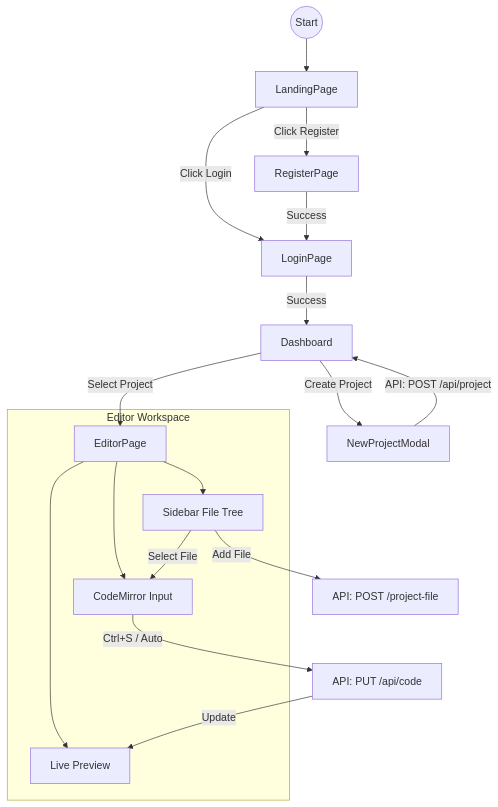
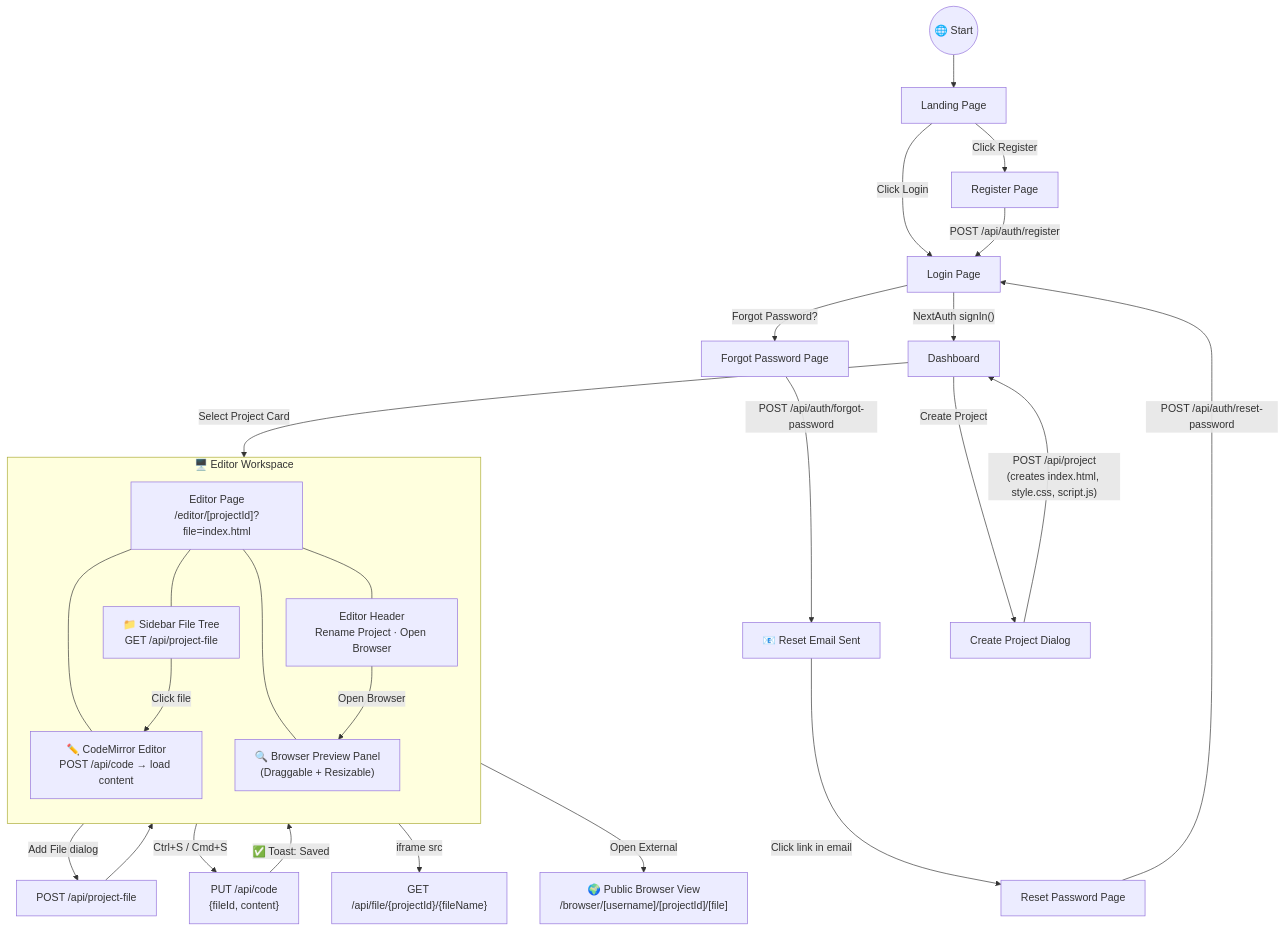
Before and after one commit to Ujjwalprajapati16/PixelIDE: the fourth of 4 diagrams in README.md, drawn with Mermaid. The commit also changed other lines of this file and 1 other file, not shown here.

Commit message:
docs: replace ASCII architecture diagrams with Mermaid charts and update feature descriptions in README

````diff
--- a/README.md
+++ b/README.md
@@ -148,26 +190,37 @@
 ```mermaid
 flowchart TD
-    Start((Start)) --> LandingPage
-    LandingPage -->|Click Login| LoginPage
-    LandingPage -->|Click Register| RegisterPage
-    
-    RegisterPage -->|Success| LoginPage
-    LoginPage -->|Success| Dashboard
-    
-    Dashboard -->|Create Project| NewProjectModal
-    Dashboard -->|Select Project| EditorPage
-    
-    NewProjectModal -->|API: POST /api/project| Dashboard
-    
-    subgraph IDE ["Editor Workspace"]
-        EditorPage --> FileTree[Sidebar File Tree]
-        EditorPage --> CodeArea[CodeMirror Input]
-        EditorPage --> PreviewArea[Live Preview]
+    Start(("🌐 Start")) --> LandingPage["Landing Page"]
+    LandingPage -->|"Click Login"| LoginPage["Login Page"]
+    LandingPage -->|"Click Register"| RegisterPage["Register Page"]
+
+    RegisterPage -->|"POST /api/auth/register"| LoginPage
+    LoginPage -->|"NextAuth signIn()"| Dashboard["Dashboard"]
+
+    LoginPage -->|"Forgot Password?"| ForgotPW["Forgot Password Page"]
+    ForgotPW -->|"POST /api/auth/forgot-password"| EmailSent["📧 Reset Email Sent"]
+    EmailSent -->|"Click link in email"| ResetPW["Reset Password Page"]
+    ResetPW -->|"POST /api/auth/reset-password"| LoginPage
+
+    Dashboard -->|"Create Project"| NewProjectModal["Create Project Dialog"]
+    NewProjectModal -->|"POST /api/project\n(creates index.html, style.css, script.js)"| Dashboard
+    Dashboard -->|"Select Project Card"| EditorPage["Editor Page\n/editor/[projectId]?file=index.html"]
+
+    subgraph IDE ["🖥️ Editor Workspace"]
+        direction TB
+        EditorPage --- FileTree["📁 Sidebar File Tree\nGET /api/project-file"]
+        EditorPage --- Header["Editor Header\nRename Project · Open Browser"]
+        EditorPage --- CodeArea["✏️ CodeMirror Editor\nPOST /api/code → load content"]
+        EditorPage --- PreviewPanel["🔍 Browser Preview Panel\n(Draggable + Resizable)"]
     end
-    
-    FileTree -->|Select File| CodeArea
-    FileTree -->|Add File| API_AddFile[API: POST /project-file]
-    
-    CodeArea -->|Ctrl+S / Auto| API_Save[API: PUT /api/code]
-    API_Save -->|Update| PreviewArea
+
+    FileTree -->|"Click file"| CodeArea
+    FileTree -->|"Add File dialog"| CreateFile["POST /api/project-file"]
+    CreateFile --> FileTree
+
+    CodeArea -->|"Ctrl+S / Cmd+S"| SaveFile["PUT /api/code\n{fileId, content}"]
+    SaveFile -->|"✅ Toast: Saved"| CodeArea
+
+    Header -->|"Open Browser"| PreviewPanel
+    PreviewPanel -->|"iframe src"| RawAPI["GET /api/file/{projectId}/{fileName}"]
+    PreviewPanel -->|"Open External"| BrowserView["🌍 Public Browser View\n/browser/[username]/[projectId]/[file]"]
 ```
````
